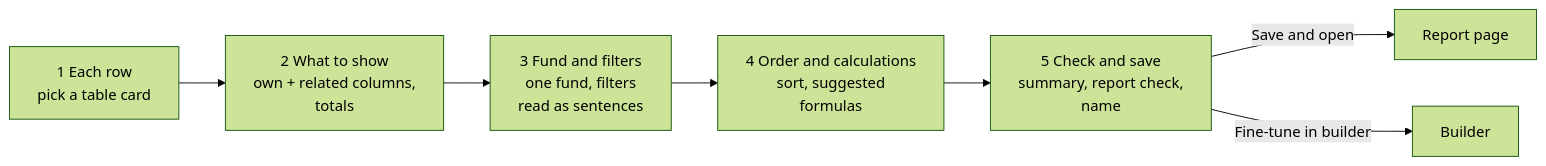
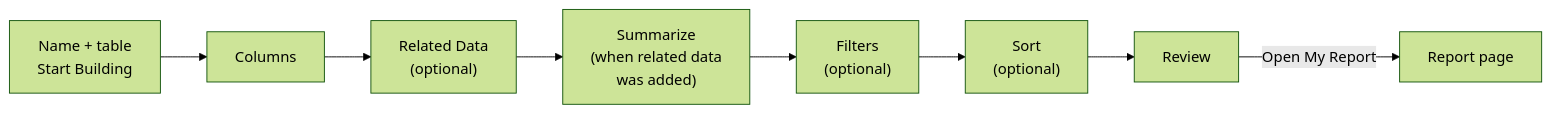
Before and after one commit to sampadadiwan/IRM_CompanyMain: the second of 5 diagrams in docs/user_guides/report_builder_user_guide.md, drawn with Mermaid (forest theme). The commit also changed other lines of this file and 47 other files, not shown here.

````diff
--- a/docs/user_guides/report_builder_user_guide.md
+++ b/docs/user_guides/report_builder_user_guide.md
@@ -63,9 +63,10 @@
 ```mermaid
 flowchart LR
-    S1["1 Each row<br/>pick a table card"] --> S2["2 What to show<br/>own + related columns,<br/>totals"]
-    S2 --> S3["3 Fund and filters<br/>one fund, filters<br/>read as sentences"]
-    S3 --> S4["4 Order and calculations<br/>sort, suggested<br/>formulas"]
-    S4 --> S5["5 Check and save<br/>summary, report check,<br/>name"]
-    S5 -->|Save and open| R["Report page"]
-    S5 -->|Fine-tune in builder| B["Builder"]
+    S0["Name + table<br/>Start Building"] --> S1["Columns"]
+    S1 --> S2["Related Data<br/>(optional)"]
+    S2 --> S3["Summarize<br/>(when related data<br/>was added)"]
+    S3 --> S4["Filters<br/>(optional)"]
+    S4 --> S5["Sort<br/>(optional)"]
+    S5 --> S6["Review"]
+    S6 -->|Open My Report| R["Report page"]
 ```
````
